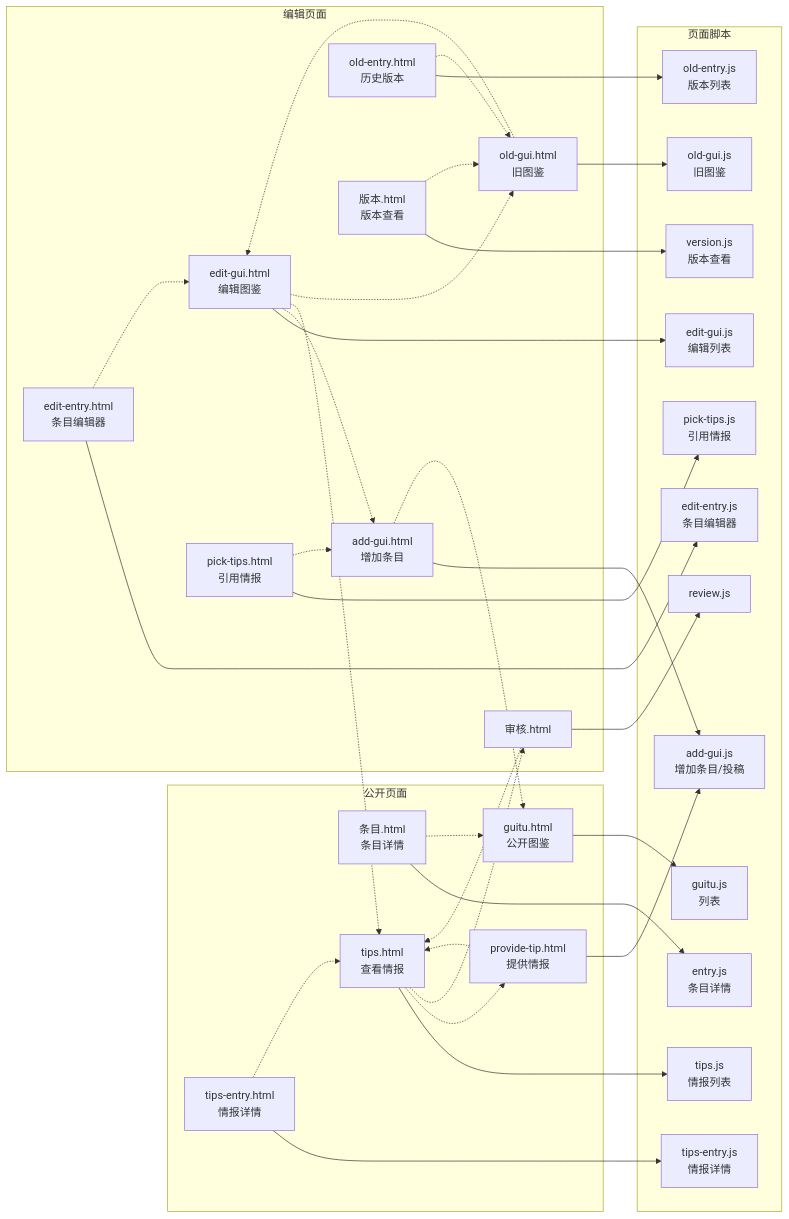
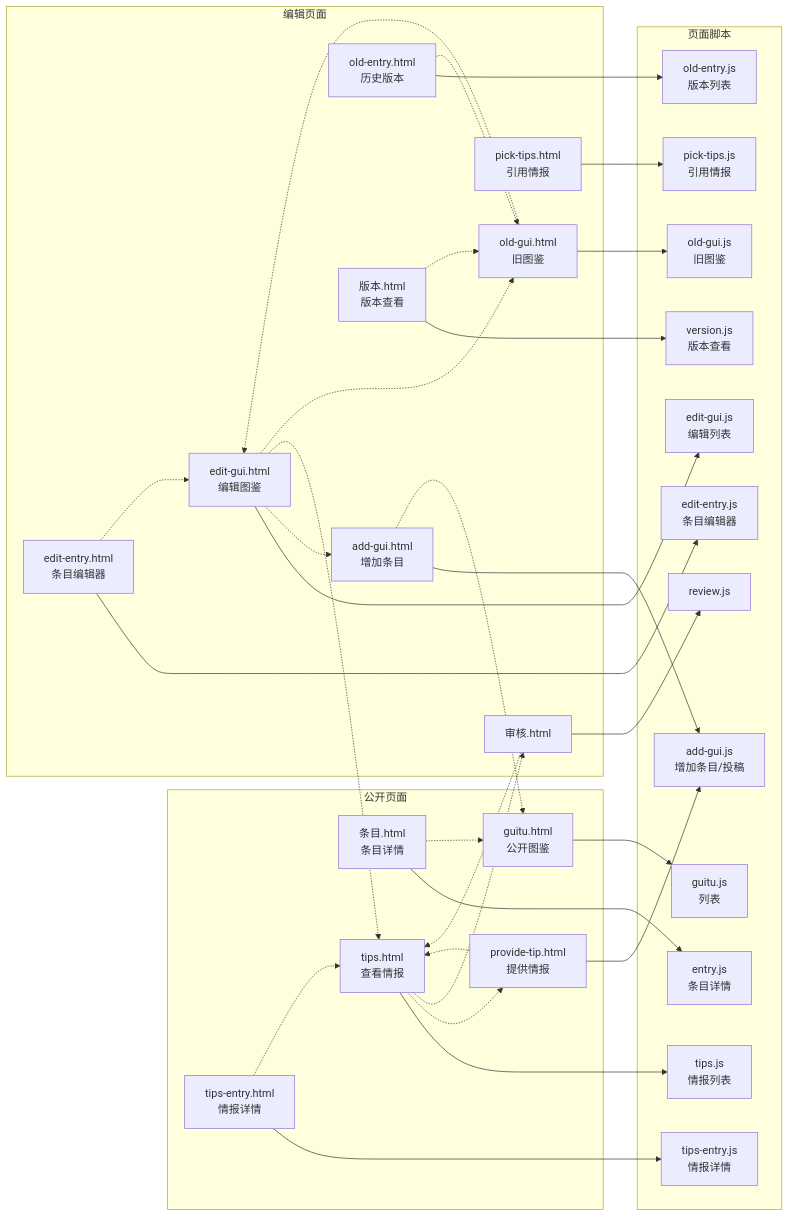
The first of 2 diagrams in guitu/架构.md (cangwu-protect-union/cangwu-protect-union.github.io), drawn with Mermaid before and after one commit. The commit also changed other lines of this file and 10 other files, not shown here.

First line of the commit message:
加区域档案的架构图与访客流程图

````diff
--- a/guitu/架构.md
+++ b/guitu/架构.md
@@ -12,69 +12,68 @@
 ```mermaid
 flowchart LR
 
   subgraph pubLayer["公开页面"]
     P_guitu["guitu.html<br/>公开图鉴"]
     P_entry["条目.html<br/>条目详情"]
     P_tips["tips.html<br/>查看情报"]
     P_tips_entry["tips-entry.html<br/>情报详情"]
     P_provide_tip["provide-tip.html<br/>提供情报"]
   end
 
   subgraph editLayer["编辑页面"]
     P_add_gui["add-gui.html<br/>增加条目"]
     P_edit_entry["edit-entry.html<br/>条目编辑器"]
     P_edit_gui["edit-gui.html<br/>编辑图鉴"]
     P_old_entry["old-entry.html<br/>历史版本"]
     P_old_gui["old-gui.html<br/>旧图鉴"]
     P_pick_tips["pick-tips.html<br/>引用情报"]
     P_["审核.html"]
     P_version["版本.html<br/>版本查看"]
   end
 
   subgraph scriptLayer["页面脚本"]
     S_add_gui["add-gui.js<br/>增加条目/投稿"]
     S_edit_entry["edit-entry.js<br/>条目编辑器"]
     S_edit_gui["edit-gui.js<br/>编辑列表"]
     S_entry["entry.js<br/>条目详情"]
     S_guitu["guitu.js<br/>列表"]
     S_old_entry["old-entry.js<br/>版本列表"]
     S_old_gui["old-gui.js<br/>旧图鉴"]
     S_pick_tips["pick-tips.js<br/>引用情报"]
     S_review["review.js"]
     S_tips_entry["tips-entry.js<br/>情报详情"]
     S_tips["tips.js<br/>情报列表"]
     S_version["version.js<br/>版本查看"]
   end
 
   %% 页面加载自己的脚本
   P_add_gui --> S_add_gui
   P_edit_entry --> S_edit_entry
   P_edit_gui --> S_edit_gui
   P_guitu --> S_guitu
   P_old_entry --> S_old_entry
   P_old_gui --> S_old_gui
   P_pick_tips --> S_pick_tips
   P_provide_tip --> S_add_gui
   P_tips_entry --> S_tips_entry
   P_tips --> S_tips
   P_ --> S_review
   P_entry --> S_entry
   P_version --> S_version
 
   %% 页面之间的跳转
   P_add_gui -.-> P_guitu
   P_edit_entry -.-> P_edit_gui
   P_edit_gui -.-> P_add_gui
   P_edit_gui -.-> P_tips
   P_edit_gui -.-> P_old_gui
   P_old_entry -.-> P_old_gui
   P_old_gui -.-> P_edit_gui
-  P_pick_tips -.-> P_add_gui
   P_provide_tip -.-> P_tips
   P_tips_entry -.-> P_tips
   P_tips -.-> P_provide_tip
   P_tips -.-> P_
   P_ -.-> P_tips
   P_entry -.-> P_guitu
   P_version -.-> P_old_gui
 ```
````
